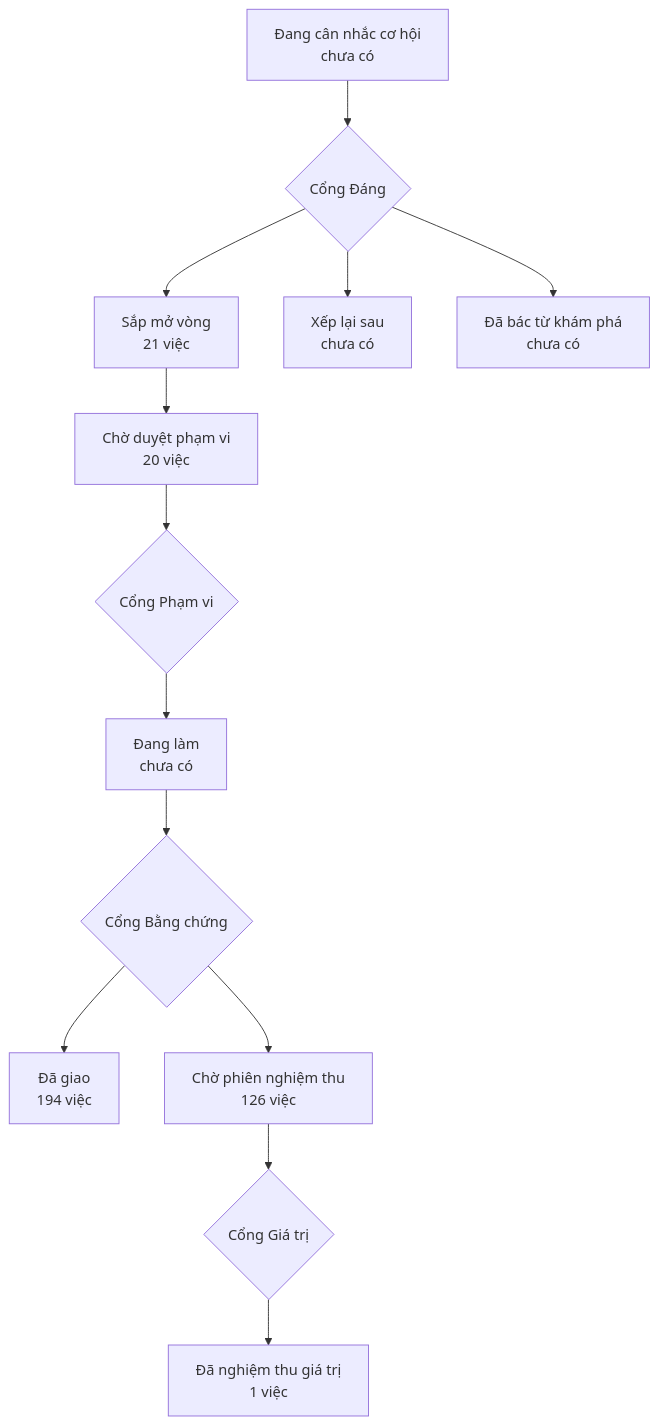
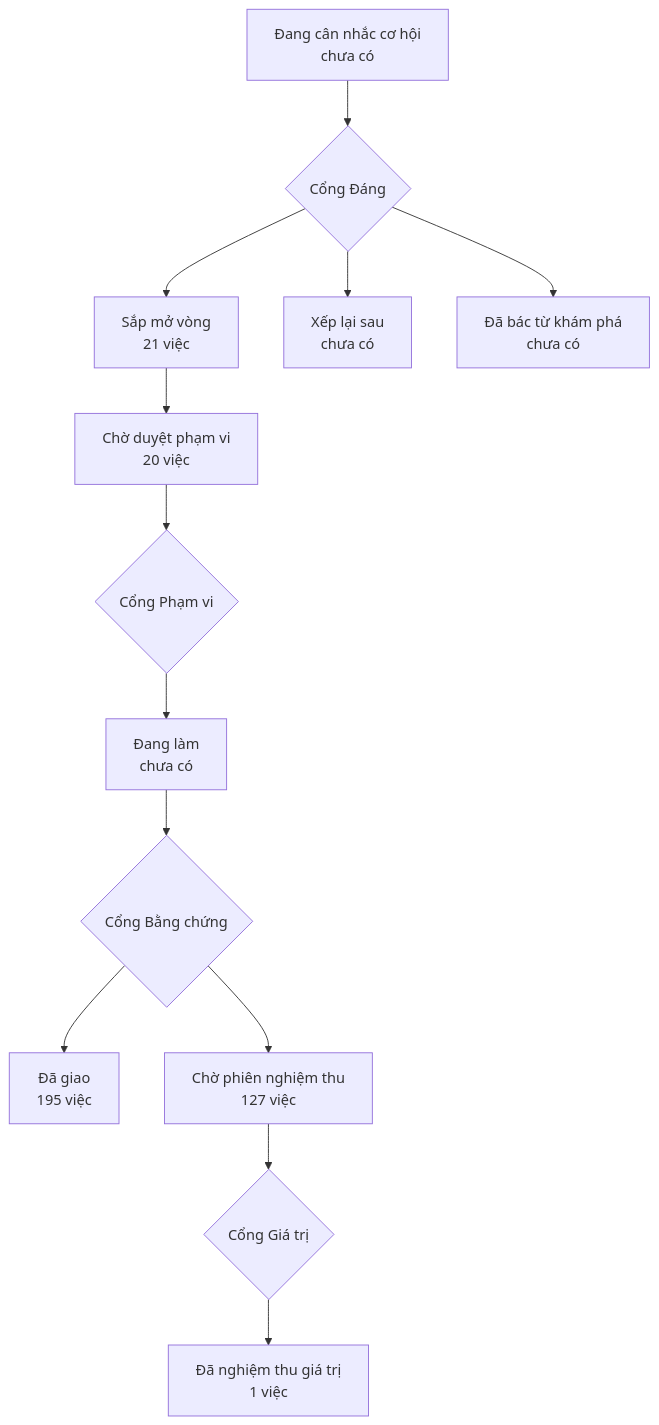
The diagram in PRODUCT-MAP.md (phanlemanh/onehub-invest), drawn with Mermaid before and after one commit. The commit also changed other lines of this file and 1 other file, not shown here.

Commit message:
chore: vẽ lại bản đồ sau khi nhận main 8cf607e9

````diff
--- a/PRODUCT-MAP.md
+++ b/PRODUCT-MAP.md
@@ -7,12 +7,12 @@
 ```mermaid
 flowchart TD
   A["Đang cân nhắc cơ hội<br/>chưa có"] --> GD{"Cổng Đáng"}
   GD --> B["Sắp mở vòng<br/>21 việc"]
   GD --> XL["Xếp lại sau<br/>chưa có"]
   GD --> DB["Đã bác từ khám phá<br/>chưa có"]
   B --> CD["Chờ duyệt phạm vi<br/>20 việc"] --> GP{"Cổng Phạm vi"}
   GP --> DL["Đang làm<br/>chưa có"] --> GB{"Cổng Bằng chứng"}
-  GB --> DG["Đã giao<br/>194 việc"]
-  GB --> CN["Chờ phiên nghiệm thu<br/>126 việc"] --> GG{"Cổng Giá trị"}
+  GB --> DG["Đã giao<br/>195 việc"]
+  GB --> CN["Chờ phiên nghiệm thu<br/>127 việc"] --> GG{"Cổng Giá trị"}
   GG --> NT["Đã nghiệm thu giá trị<br/>1 việc"]
 ```
````
